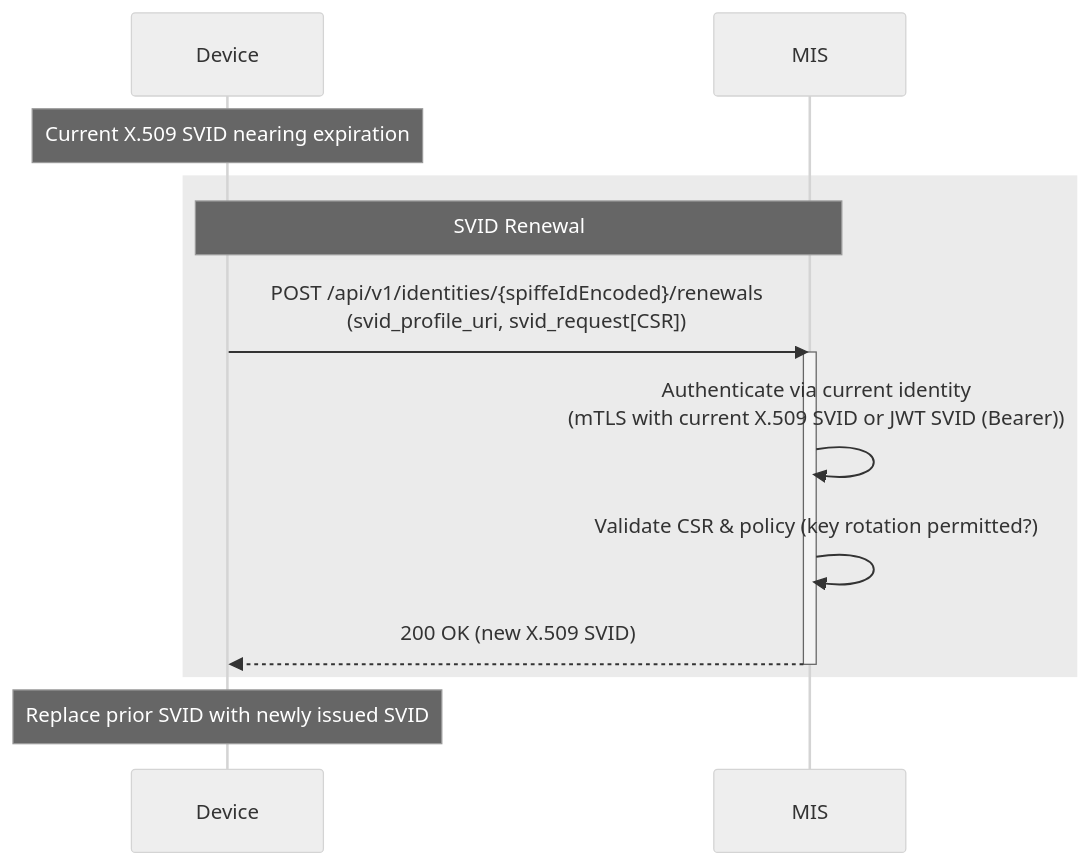
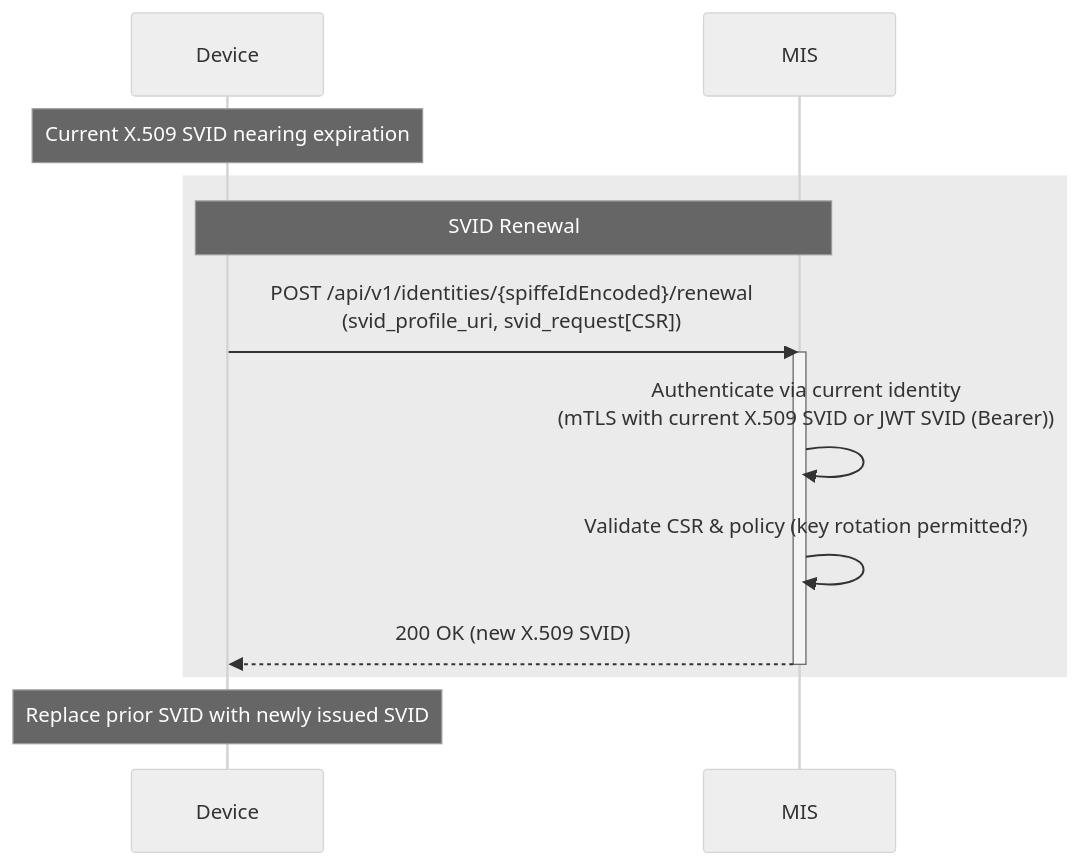
One commit to margo/specification-enhancements changed the second of 8 diagrams in proposals/margo-identity-and-authorization-framework.md. Above: the diagram before and after it, drawn with Mermaid (neutral theme). The commit also changed other lines of this file and 11 other files, not shown here.

Commit message:
docs: change endpoint for SVID renewals to /renewal

````diff
--- a/proposals/margo-identity-and-authorization-framework.md
+++ b/proposals/margo-identity-and-authorization-framework.md
@@ -1609,19 +1609,19 @@
 ```mermaid
 sequenceDiagram
     participant Device
     participant MIS
 
     note over Device: Current X.509 SVID nearing expiration
 
     rect rgb(235,235,235)
         note over Device,MIS: SVID Renewal
-        Device->>MIS: POST /api/v1/identities/{spiffeIdEncoded}/renewals<br/>(svid_profile_uri, svid_request[CSR])
+        Device->>MIS: POST /api/v1/identities/{spiffeIdEncoded}/renewal<br/>(svid_profile_uri, svid_request[CSR])
         activate MIS
         MIS->>MIS: Authenticate via current identity<br/>(mTLS with current X.509 SVID or JWT SVID (Bearer))
         MIS->>MIS: Validate CSR & policy (key rotation permitted?) 
         MIS-->>Device: 200 OK (new X.509 SVID)
         deactivate MIS
     end
 
     note over Device: Replace prior SVID with newly issued SVID
 ```
````
